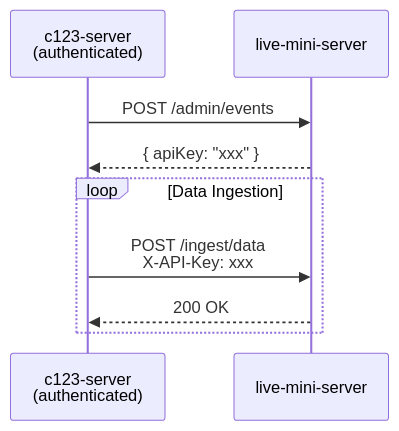
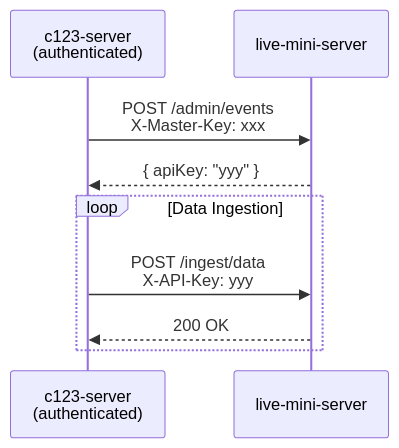
One commit to OpenCanoeTiming/c123-live-mini changed the fourth of 5 diagrams in docs/ARCHITECTURE.md. Above: the diagram before and after it, drawn with Mermaid. The commit also changed other lines of this file and 13 other files, not shown here.

````diff
--- a/docs/ARCHITECTURE.md
+++ b/docs/ARCHITECTURE.md
@@ -110,13 +123,13 @@
 ```mermaid
 sequenceDiagram
     participant C as c123-server<br/>(authenticated)
     participant M as live-mini-server
 
-    C->>M: POST /admin/events
-    M-->>C: { apiKey: "xxx" }
+    C->>M: POST /admin/events<br/>X-Master-Key: xxx
+    M-->>C: { apiKey: "yyy" }
 
     loop Data Ingestion
-        C->>M: POST /ingest/data<br/>X-API-Key: xxx
+        C->>M: POST /ingest/data<br/>X-API-Key: yyy
         M-->>C: 200 OK
     end
 ```
````
